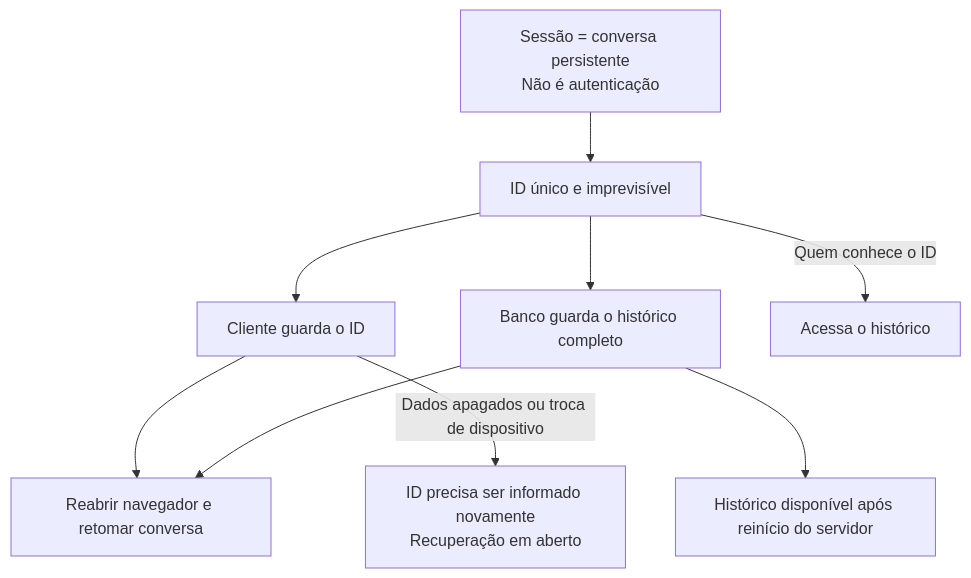
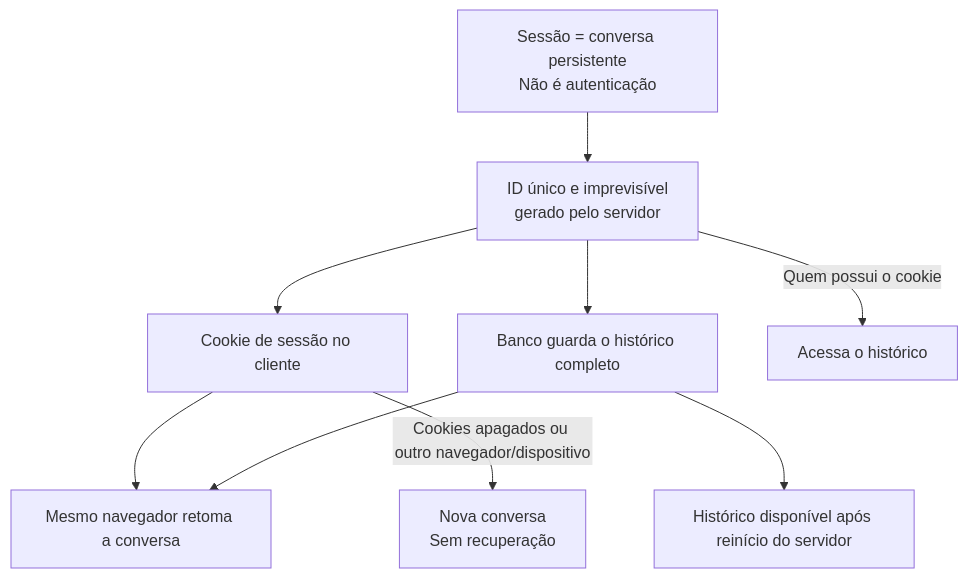
One commit to cocaioo/CHATBOT-TCA changed the first of 8 diagrams in elicitação dos requisitos.md. Above: the diagram before and after it, drawn with Mermaid. The commit also changed other lines of this file, not shown here.

First line of the commit message:
docs: registra decisões de sessão, concorrência, retenção e stack

````diff
--- a/elicitação dos requisitos.md
+++ b/elicitação dos requisitos.md
@@ -17,11 +39,11 @@
 ```mermaid
 flowchart TD
-    S[Sessão = conversa persistente<br/>Não é autenticação] --> ID[ID único e imprevisível]
-    ID --> C[Cliente guarda o ID]
+    S[Sessão = conversa persistente<br/>Não é autenticação] --> ID[ID único e imprevisível<br/>gerado pelo servidor]
+    ID --> C[Cookie de sessão no cliente]
     ID --> B[Banco guarda o histórico completo]
-    C --> R[Reabrir navegador e retomar conversa]
+    C --> R[Mesmo navegador retoma a conversa]
     B --> R
     B --> D[Histórico disponível após reinício do servidor]
-    C -->|Dados apagados ou troca de dispositivo| P[ID precisa ser informado novamente<br/>Recuperação em aberto]
-    ID -->|Quem conhece o ID| AC[Acessa o histórico]
+    C -->|Cookies apagados ou outro navegador/dispositivo| P[Nova conversa<br/>Sem recuperação]
+    ID -->|Quem possui o cookie| AC[Acessa o histórico]
 ```
````
